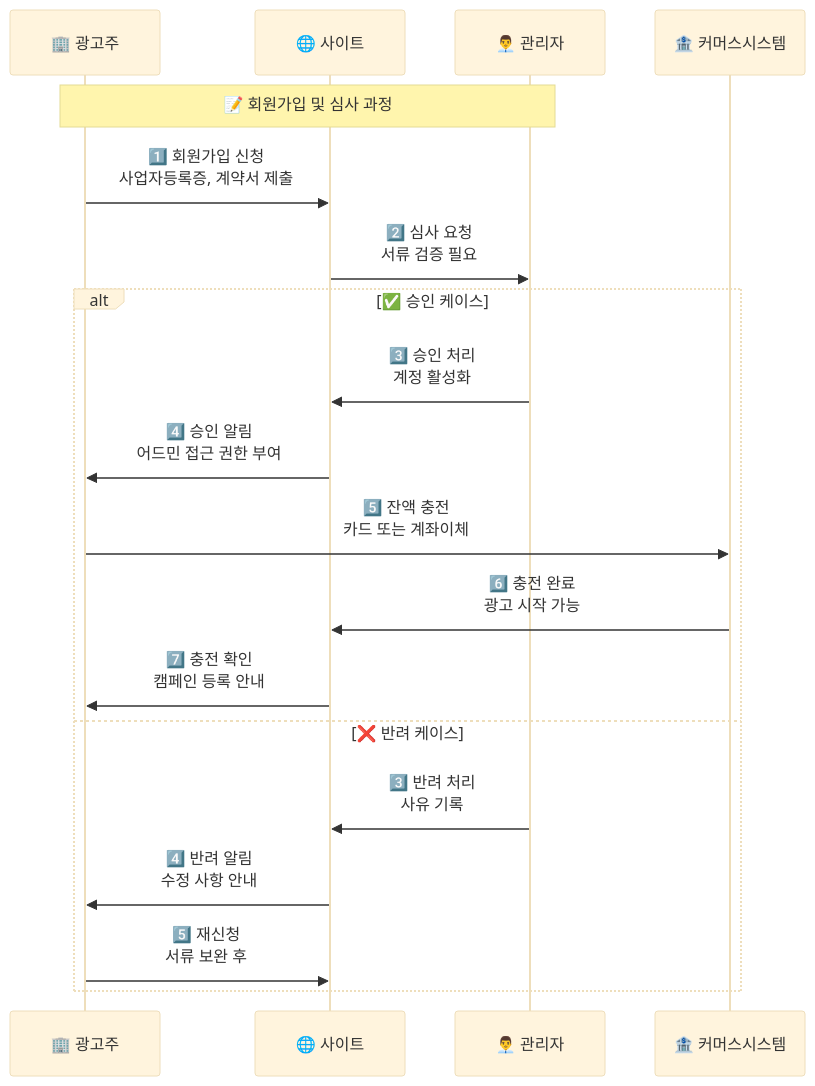
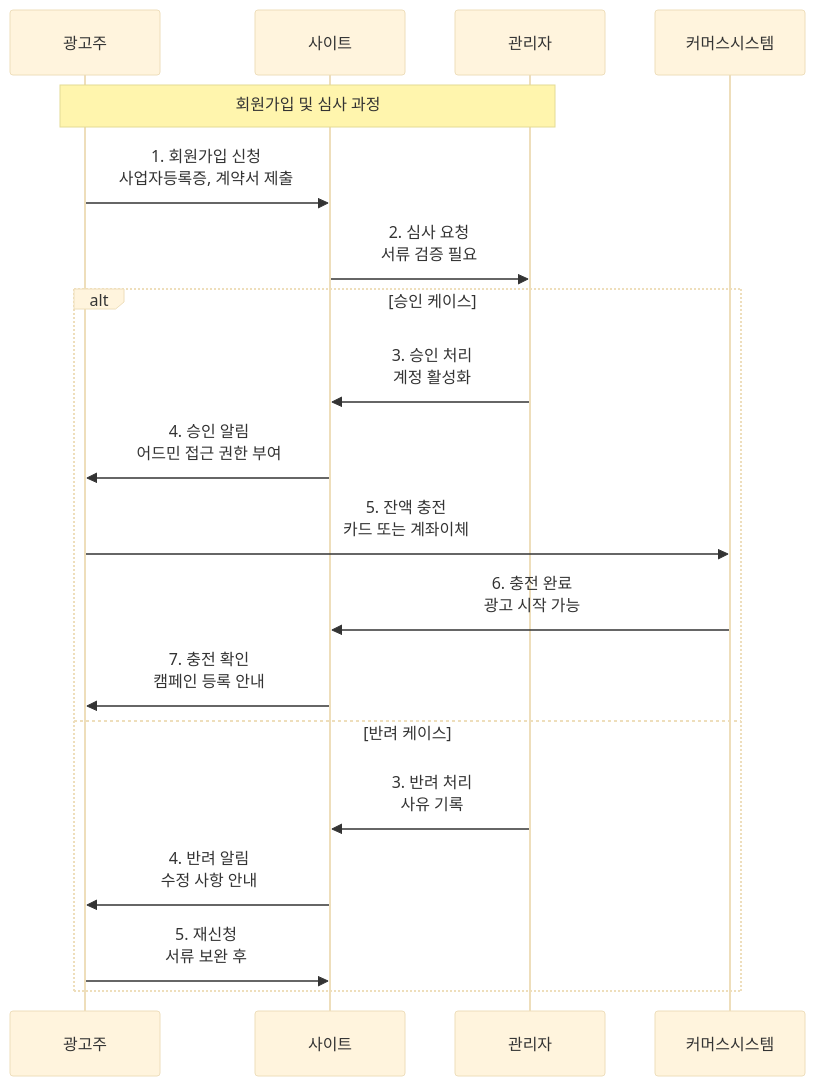
One commit to smk692/advertisement-project changed the second of 9 diagrams in docs/2. 설계/2-1. 업무흐름.md. Above: the diagram before and after it, drawn with Mermaid (base theme). The commit also changed other lines of this file and 15 other files, not shown here.

````diff
--- a/docs/2. 설계/2-1. 업무흐름.md
+++ b/docs/2. 설계/2-1. 업무흐름.md
@@ -115,24 +116,24 @@
 ```mermaid
 sequenceDiagram
-    participant A as 🏢 광고주
-    participant S as 🌐 사이트
-    participant M as 👨‍💼 관리자
-    participant B as 🏦 커머스시스템
+    participant A as 광고주
+    participant S as 사이트
+    participant M as 관리자
+    participant B as 커머스시스템
     
-    Note over A,M: 📝 회원가입 및 심사 과정
+    Note over A,M: 회원가입 및 심사 과정
     
-    A->>S: 1️⃣ 회원가입 신청<br/>사업자등록증, 계약서 제출
-    S->>M: 2️⃣ 심사 요청<br/>서류 검증 필요
+    A->>S: 1. 회원가입 신청<br/>사업자등록증, 계약서 제출
+    S->>M: 2. 심사 요청<br/>서류 검증 필요
     
-    alt ✅ 승인 케이스
-        M->>S: 3️⃣ 승인 처리<br/>계정 활성화
-        S->>A: 4️⃣ 승인 알림<br/>어드민 접근 권한 부여
-        A->>B: 5️⃣ 잔액 충전<br/>카드 또는 계좌이체
-        B->>S: 6️⃣ 충전 완료<br/>광고 시작 가능
-        S->>A: 7️⃣ 충전 확인<br/>캠페인 등록 안내
-    else ❌ 반려 케이스
-        M->>S: 3️⃣ 반려 처리<br/>사유 기록
-        S->>A: 4️⃣ 반려 알림<br/>수정 사항 안내
-        A->>S: 5️⃣ 재신청<br/>서류 보완 후
+    alt 승인 케이스
+        M->>S: 3. 승인 처리<br/>계정 활성화
+        S->>A: 4. 승인 알림<br/>어드민 접근 권한 부여
+        A->>B: 5. 잔액 충전<br/>카드 또는 계좌이체
+        B->>S: 6. 충전 완료<br/>광고 시작 가능
+        S->>A: 7. 충전 확인<br/>캠페인 등록 안내
+    else 반려 케이스
+        M->>S: 3. 반려 처리<br/>사유 기록
+        S->>A: 4. 반려 알림<br/>수정 사항 안내
+        A->>S: 5. 재신청<br/>서류 보완 후
     end
 ```
````
